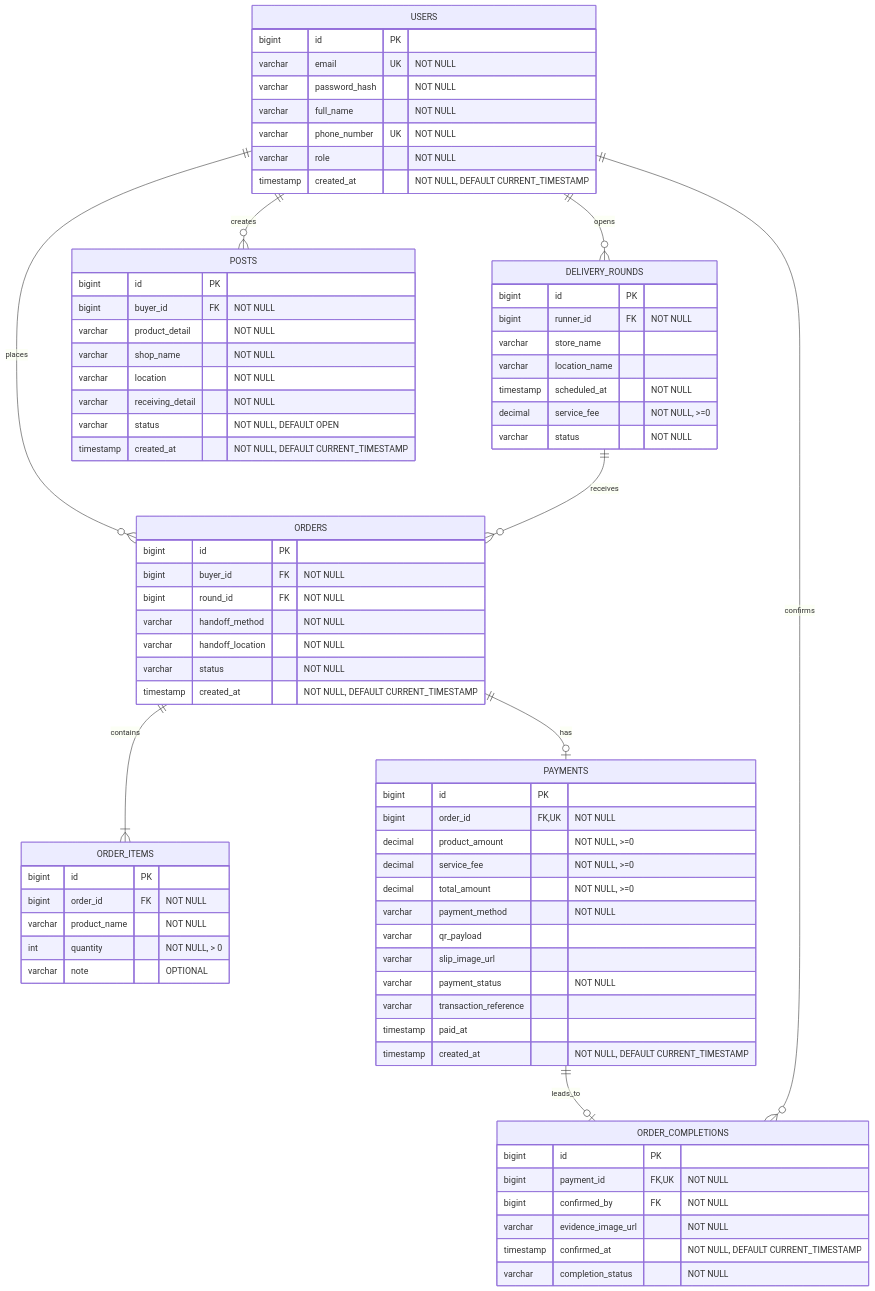
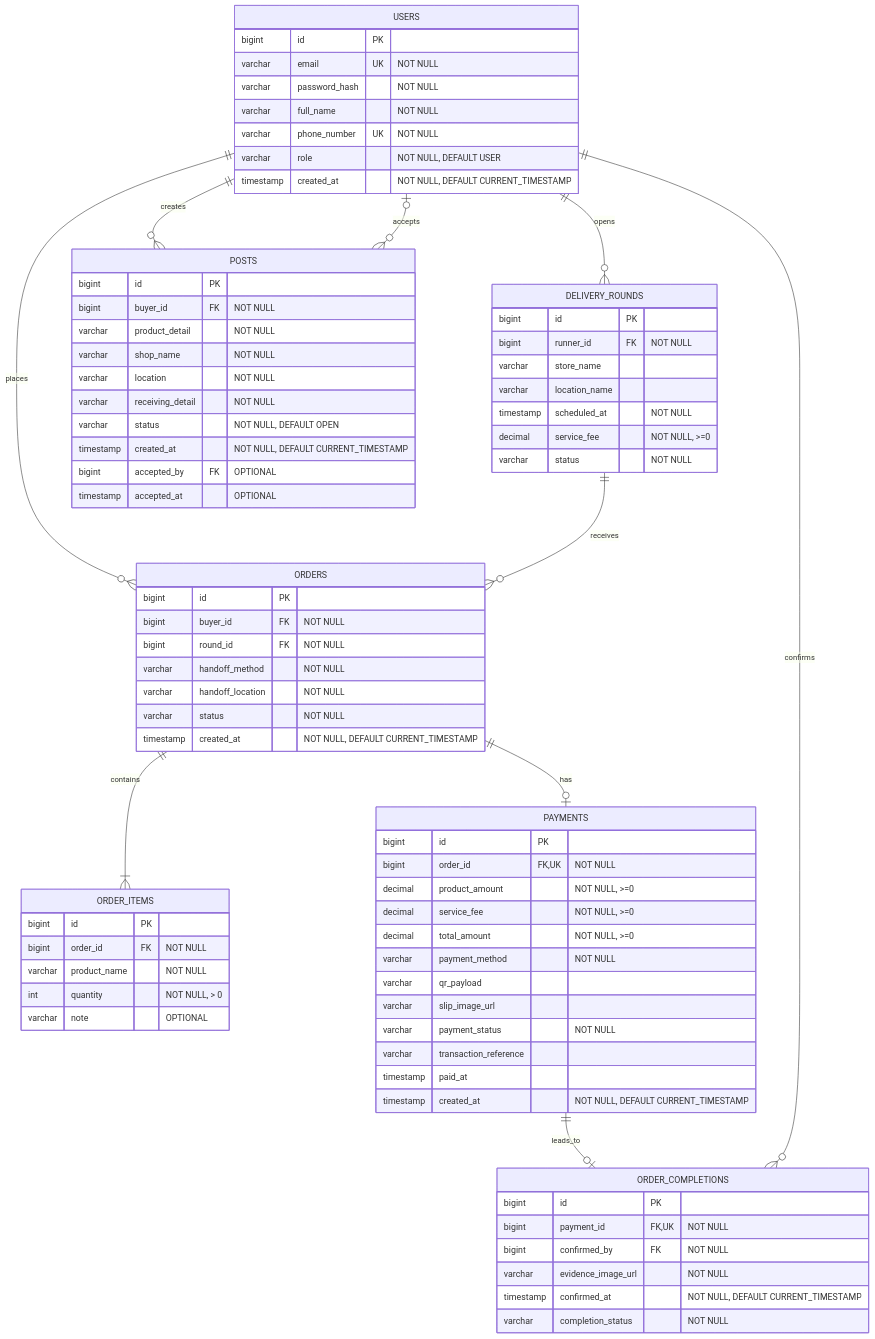
The diagram in docs/database/ERD.md (BlackyB0o/CS261_650001_group5), drawn with Mermaid before and after one commit.

Commit message:
draft: update user roles and post acceptance ERD

```diff
--- a/docs/database/ERD.md
+++ b/docs/database/ERD.md
@@ -11,6 +11,7 @@
     USERS ||--o{ ORDERS : places
     DELIVERY_ROUNDS ||--o{ ORDERS : receives
     USERS ||--o{ POSTS : creates
+    USERS |o--o{ POSTS : accepts
     ORDERS ||--|{ ORDER_ITEMS : contains
 
     %% Task 20, 24 - ความสัมพันธ์การชำระเงินและยืนยันรับสินค้า
@@ -25,7 +26,7 @@
         varchar password_hash "NOT NULL"
         varchar full_name "NOT NULL"
         varchar phone_number UK "NOT NULL"
-        varchar role "NOT NULL"
+        varchar role "NOT NULL, DEFAULT USER"
         timestamp created_at "NOT NULL, DEFAULT CURRENT_TIMESTAMP"
     }
 
@@ -39,6 +40,8 @@
         varchar receiving_detail "NOT NULL"
         varchar status "NOT NULL, DEFAULT OPEN"
         timestamp created_at "NOT NULL, DEFAULT CURRENT_TIMESTAMP"
+        bigint accepted_by FK "OPTIONAL"
+        timestamp accepted_at "OPTIONAL"
     }
     %% Task 08 - เปิดรอบรับหิ้ว
     DELIVERY_ROUNDS {
```
